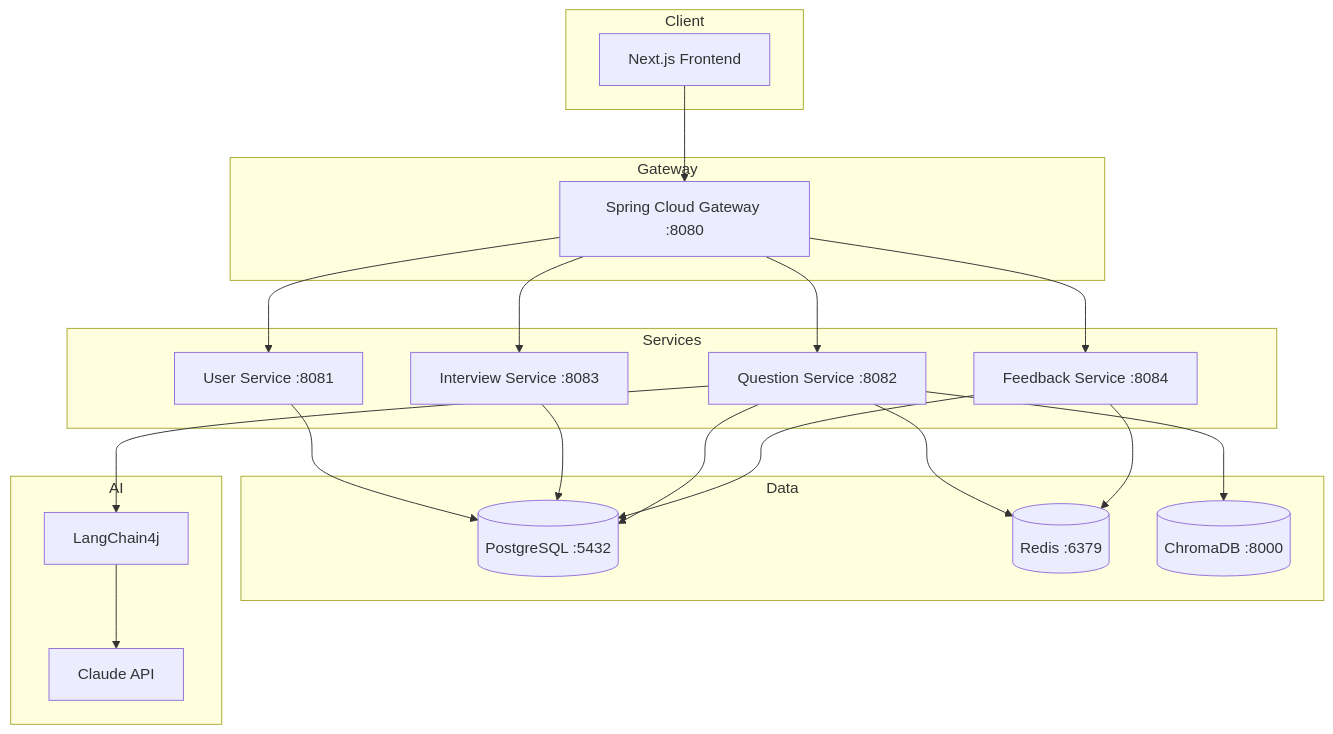
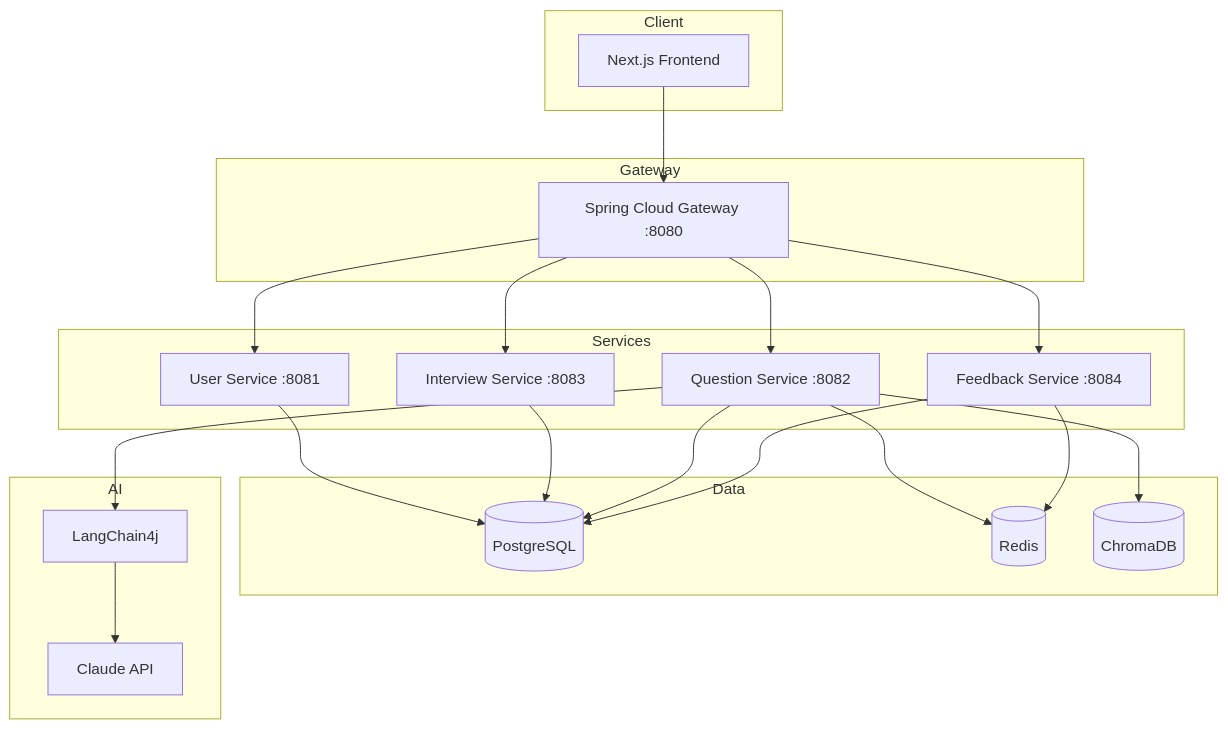
The first of 2 diagrams in README.md (jinhyuk9714/interview-coach), drawn with Mermaid before and after one commit. The commit also changed other lines of this file, not shown here.

````diff
--- a/README.md
+++ b/README.md
@@ -34,36 +21,36 @@
 ```mermaid
 flowchart TB
     subgraph Client
         Web[Next.js Frontend]
     end
 
     subgraph Gateway
         GW[Spring Cloud Gateway :8080]
     end
 
     subgraph Services
         US[User Service :8081]
         QS[Question Service :8082]
         IS[Interview Service :8083]
         FS[Feedback Service :8084]
     end
 
     subgraph Data
-        PG[(PostgreSQL :5432)]
-        RD[(Redis :6379)]
-        CH[(ChromaDB :8000)]
+        PG[(PostgreSQL)]
+        RD[(Redis)]
+        CH[(ChromaDB)]
     end
 
     subgraph AI
         LC[LangChain4j]
         LLM[Claude API]
     end
 
     Web --> GW
     GW --> US & IS & QS & FS
     US & IS & QS & FS --> PG
     QS & FS --> RD
     QS --> CH
     QS --> LC
     LC --> LLM
 ```
````
